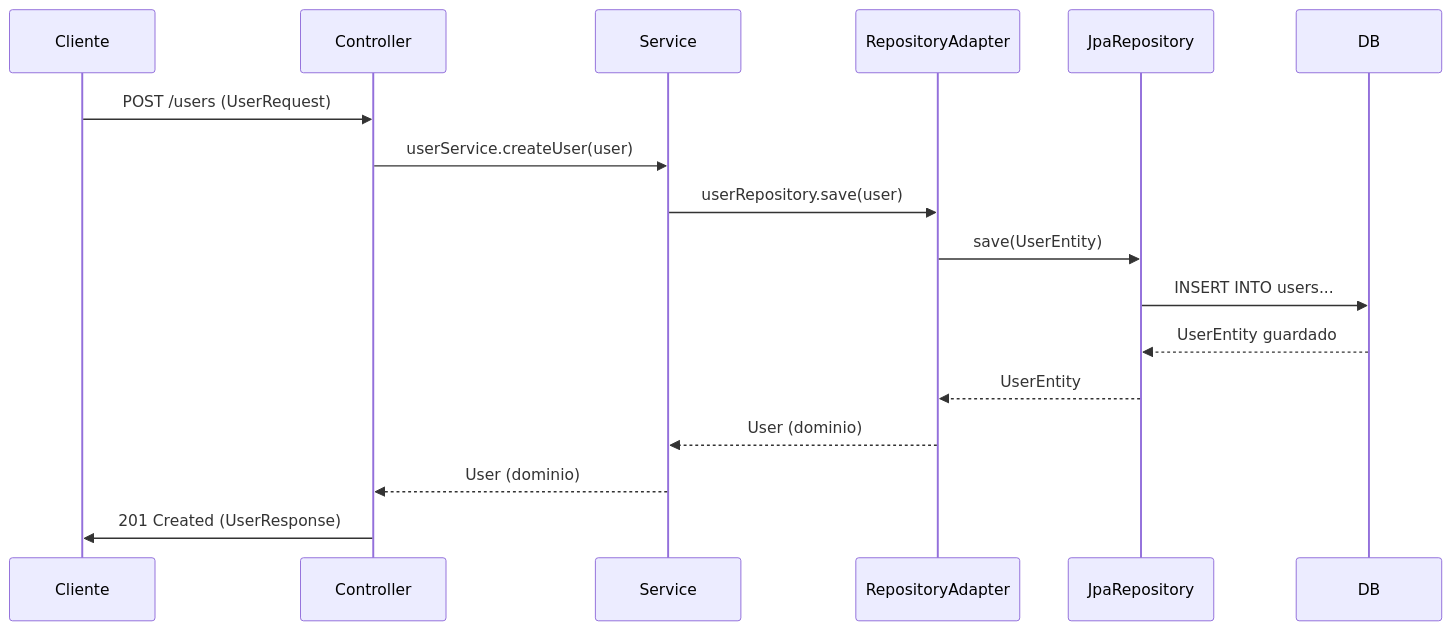
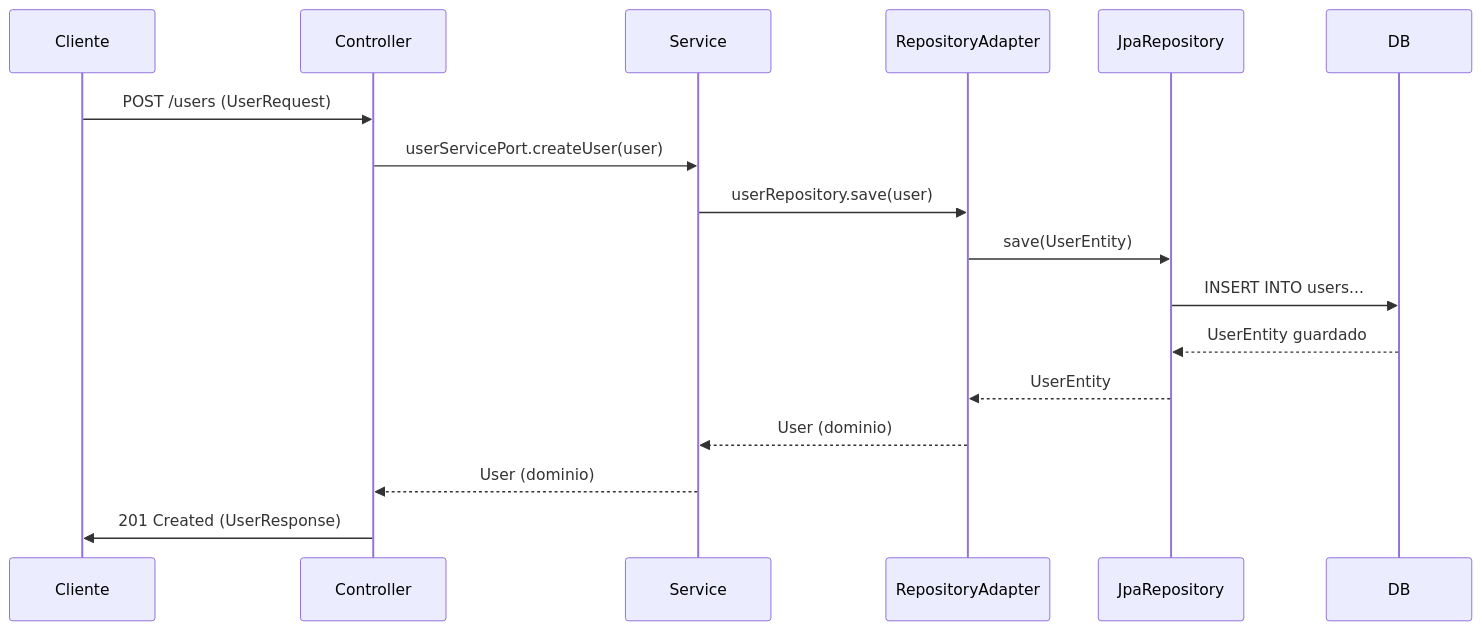
Before and after one commit to DRTX2/ecomerce: the diagram in Docs/flow-hexagonal.md, drawn with Mermaid. The commit also changed other lines of this file and 1 other file, not shown here.

````diff
--- a/Docs/flow-hexagonal.md
+++ b/Docs/flow-hexagonal.md
@@ -110,20 +110,20 @@
 ```mermaid
 sequenceDiagram
    participant Cliente
    participant Controller
    participant Service
    participant RepositoryAdapter
    participant JpaRepository
    participant DB
 
    Cliente->>Controller: POST /users (UserRequest)
-   Controller->>Service: userService.createUser(user)
+   Controller->>Service: userServicePort.createUser(user)
    Service->>RepositoryAdapter: userRepository.save(user)
    RepositoryAdapter->>JpaRepository: save(UserEntity)
    JpaRepository->>DB: INSERT INTO users...
    DB-->>JpaRepository: UserEntity guardado
    JpaRepository-->>RepositoryAdapter: UserEntity
    RepositoryAdapter-->>Service: User (dominio)
    Service-->>Controller: User (dominio)
    Controller->>Cliente: 201 Created (UserResponse)
 ```
````
